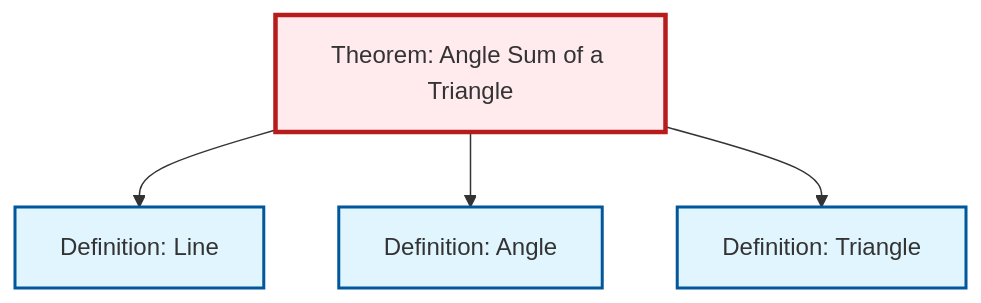
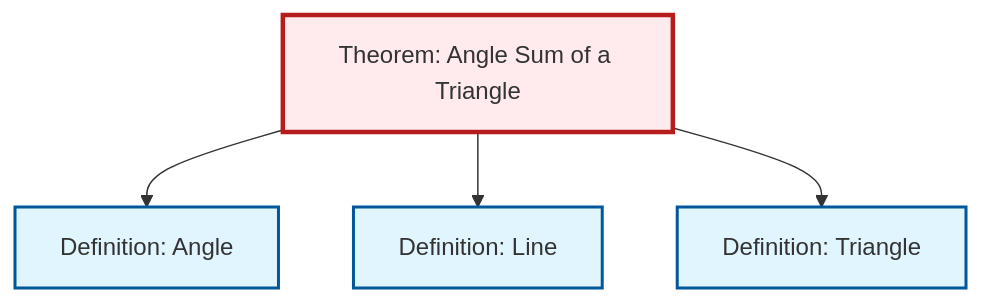
The diagram in content/en/geometry/thm-angle-sum-triangle.qmd (RK0429/ModernMath), drawn with Mermaid before and after one commit. The commit also changed other lines of this file and 634 other files, not shown here.

````diff
--- a/content/en/geometry/thm-angle-sum-triangle.qmd
+++ b/content/en/geometry/thm-angle-sum-triangle.qmd
@@ -57,20 +57,20 @@
 ```{mermaid}
 %%| fig-cap: "Local dependency graph"
 graph TD
     classDef definition fill:#e1f5fe,stroke:#01579b,stroke-width:2px
     classDef theorem fill:#f3e5f5,stroke:#4a148c,stroke-width:2px
     classDef axiom fill:#fff3e0,stroke:#e65100,stroke-width:2px
     classDef example fill:#e8f5e9,stroke:#1b5e20,stroke-width:2px
     classDef current fill:#ffebee,stroke:#b71c1c,stroke-width:3px
+    def-triangle["Definition: Triangle"]:::definition
+    def-line["Definition: Line"]:::definition
     thm-angle-sum-triangle["Theorem: Angle Sum of a Triangle"]:::theorem
-    def-line["Definition: Line"]:::definition
     def-angle["Definition: Angle"]:::definition
-    def-triangle["Definition: Triangle"]:::definition
+    thm-angle-sum-triangle --> def-angle
     thm-angle-sum-triangle --> def-line
-    thm-angle-sum-triangle --> def-angle
     thm-angle-sum-triangle --> def-triangle
     class thm-angle-sum-triangle current
+    click def-triangle "def-triangle.html" "Go to Triangle definition"
     click def-line "def-line.html" "Go to Line definition"
     click def-angle "def-angle.html" "Go to Angle definition"
-    click def-triangle "def-triangle.html" "Go to Triangle definition"
 ```
````
